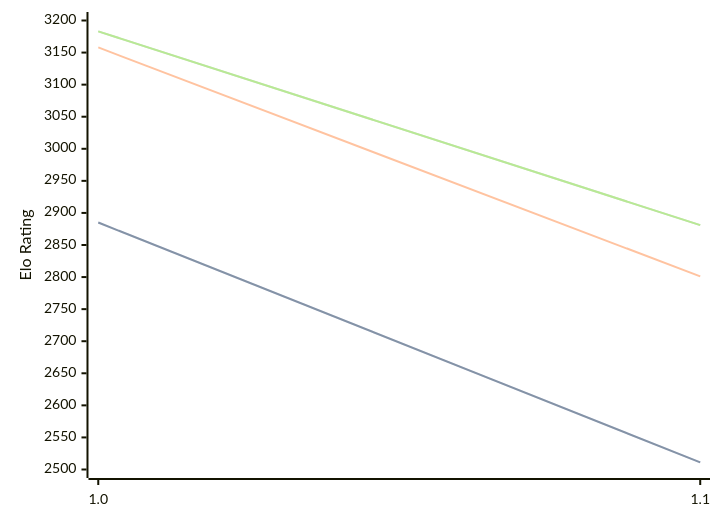
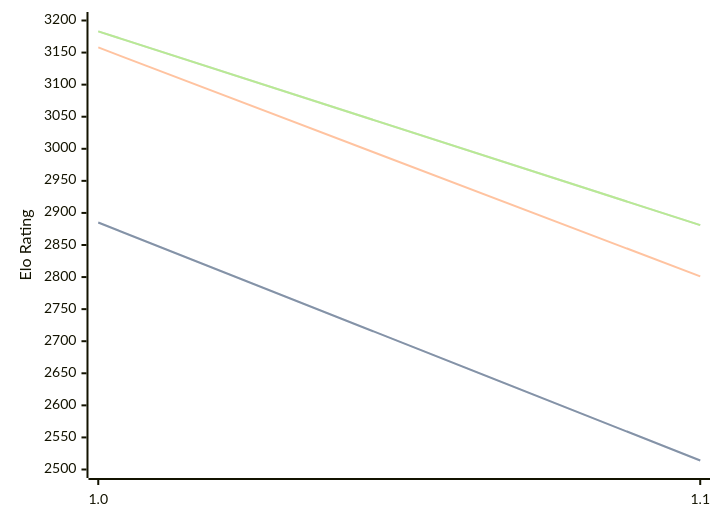
One commit to computer-chess-index/cci changed the diagram in engines/Publius.md. Above: the diagram before and after it, drawn with Mermaid. The commit also changed other lines of this file, not shown here.

````diff
--- a/engines/Publius.md
+++ b/engines/Publius.md
@@ -32,11 +32,11 @@
 ```mermaid
 %%{init: {"theme":"base","themeVariables":{"seriesColors:['#a3a3a3','#222221','#faa371']}}}%%
 xychart-beta
   x-axis ["1.0", "1.1"]
   y-axis "Elo Rating" 2500 --> 3200
-  line "STC (8.0+0.08s)" [2885, 2511]
-  line "STC (8.0+0.08s)" [2885, 2511]
+  line "STC (8.0+0.08s)" [2885, 2514]
+  line "STC (8.0+0.08s)" [2885, 2514]
   line "LTC (60.0+0.60s)" [3158, 2801]
   line "VLTC (2m24s+1.12s)" [3183, 2881]
   line "VLTC (2m24s+1.12s)" [3183, 2881]
 ```
````
